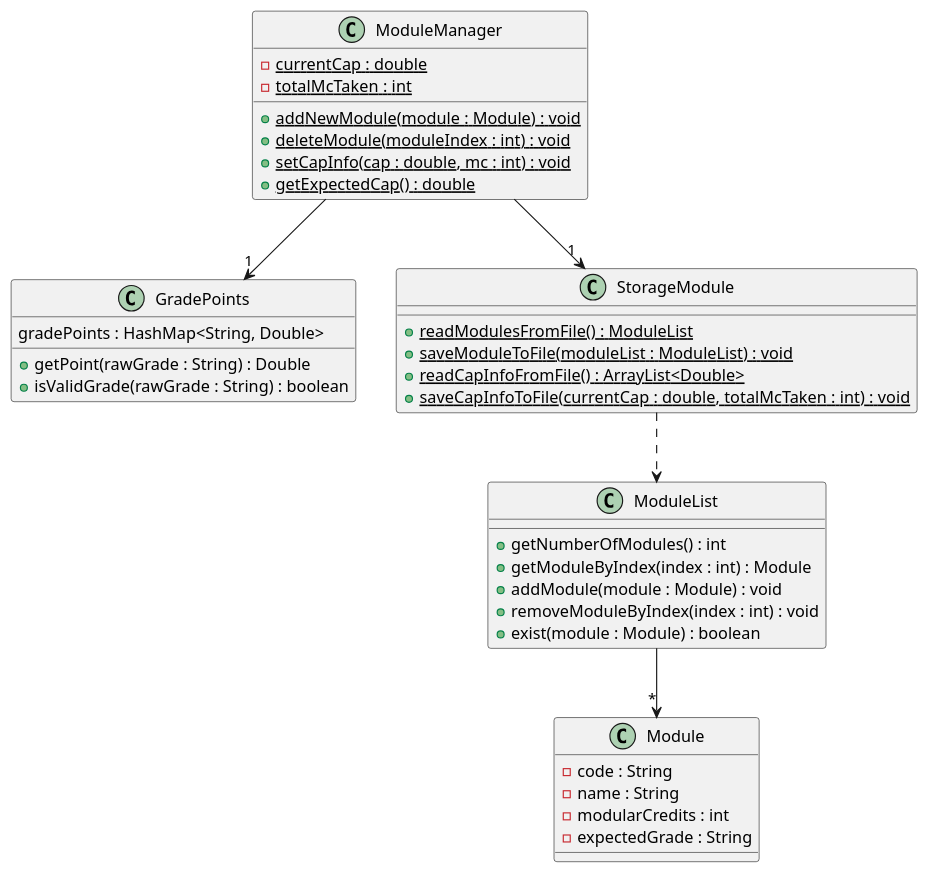
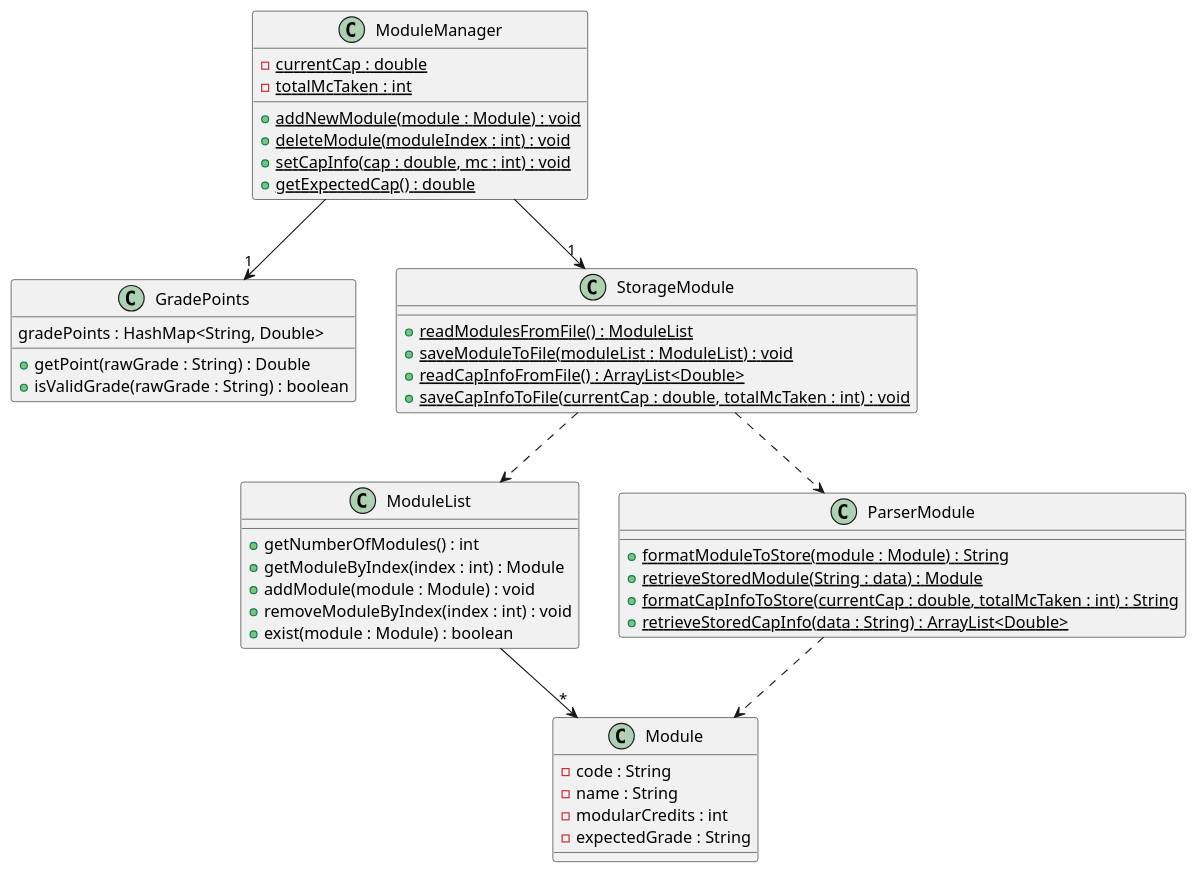
One commit to swatimahadevan/tp changed the diagram in docs/images/module/Module.puml. Above: the diagram before and after it, drawn with PlantUML. The commit also changed 3 other files, not shown here.

```diff
--- a/docs/images/module/Module.puml
+++ b/docs/images/module/Module.puml
@@ -1,45 +1,54 @@
 @startuml
 
 class Module {
     - code : String
     - name : String
     - modularCredits : int
     - expectedGrade : String
 }
 
 class GradePoints {
     gradePoints : HashMap<String, Double>
     + getPoint(rawGrade : String) : Double
     + isValidGrade(rawGrade : String) : boolean
 }
 
 class ModuleList {
     + getNumberOfModules() : int
     + getModuleByIndex(index : int) : Module
     + addModule(module : Module) : void
     + removeModuleByIndex(index : int) : void
     + exist(module : Module) : boolean
 }
 
 class ModuleManager {
     - {static} currentCap : double
     - {static} totalMcTaken : int
     + {static} addNewModule(module : Module) : void
     + {static} deleteModule(moduleIndex : int) : void
     + {static} setCapInfo(cap : double, mc : int) : void
     + {static} getExpectedCap() : double
 }
 
 class StorageModule {
     + {static} readModulesFromFile() : ModuleList
     + {static} saveModuleToFile(moduleList : ModuleList) : void
     + {static} readCapInfoFromFile() : ArrayList<Double>
     + {static} saveCapInfoToFile(currentCap : double, totalMcTaken : int) : void
 }
 
+class ParserModule {
+    + {static} formatModuleToStore(module : Module) : String
+    + {static} retrieveStoredModule(String : data) : Module
+    + {static} formatCapInfoToStore(currentCap : double, totalMcTaken : int) : String
+    + {static} retrieveStoredCapInfo(data : String) : ArrayList<Double>
+}
+
 ModuleList --> "*" Module
 ModuleManager --> "1" GradePoints
 ModuleManager --> "1" StorageModule
 StorageModule ..> ModuleList
+StorageModule ..> ParserModule
+ParserModule ..> Module
 
 @enduml
```
